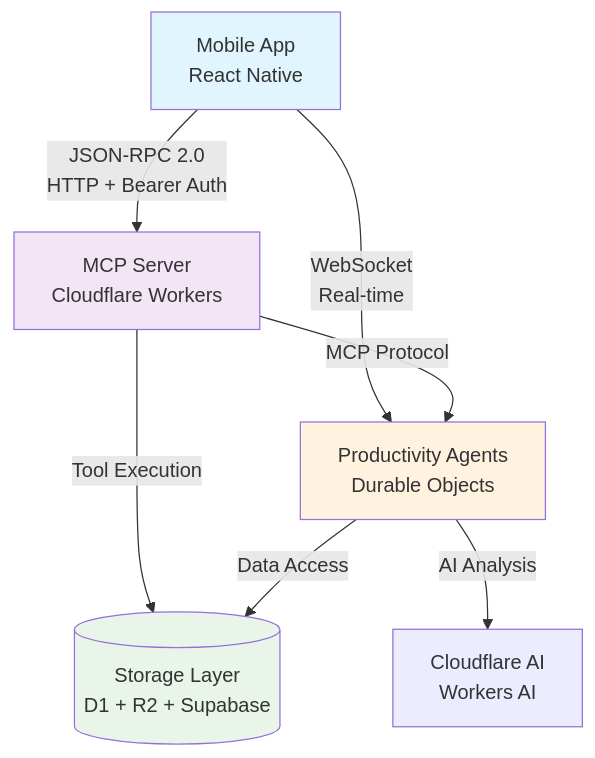
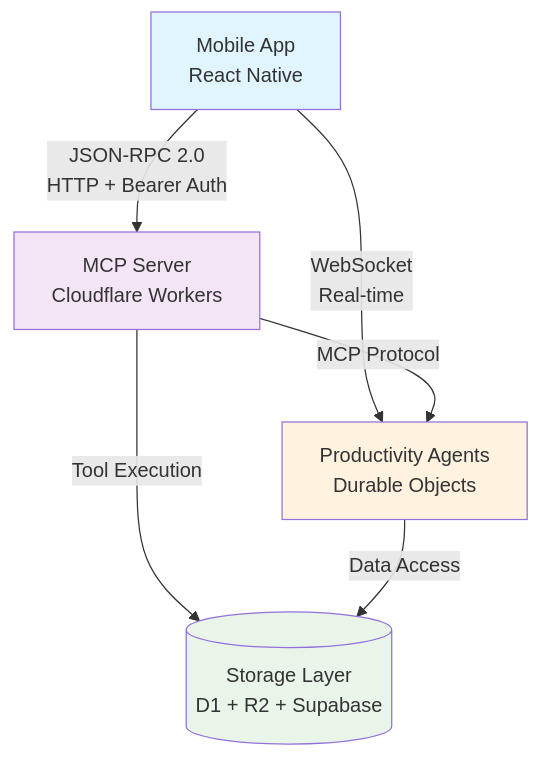
The first of 11 diagrams in README.md (mpazaryna/tides-lab), drawn with Mermaid before and after one commit. The commit also changed other lines of this file and 14 other files, not shown here.

````diff
--- a/README.md
+++ b/README.md
@@ -9,19 +9,18 @@
 ```mermaid
 graph TB
     Mobile[Mobile App<br/>React Native]
     Server[MCP Server<br/>Cloudflare Workers]
     Agents[Productivity Agents<br/>Durable Objects]
     Storage[(Storage Layer<br/>D1 + R2 + Supabase)]
 
     Mobile -->|JSON-RPC 2.0<br/>HTTP + Bearer Auth| Server
     Mobile -->|WebSocket<br/>Real-time| Agents
     Server -->|MCP Protocol| Agents
     Server -->|Tool Execution| Storage
     Agents -->|Data Access| Storage
-    Agents -->|AI Analysis| AI[Cloudflare AI<br/>Workers AI]
 
     style Mobile fill:#e1f5fe
     style Server fill:#f3e5f5
     style Agents fill:#fff3e0
     style Storage fill:#e8f5e8
 ```
````
